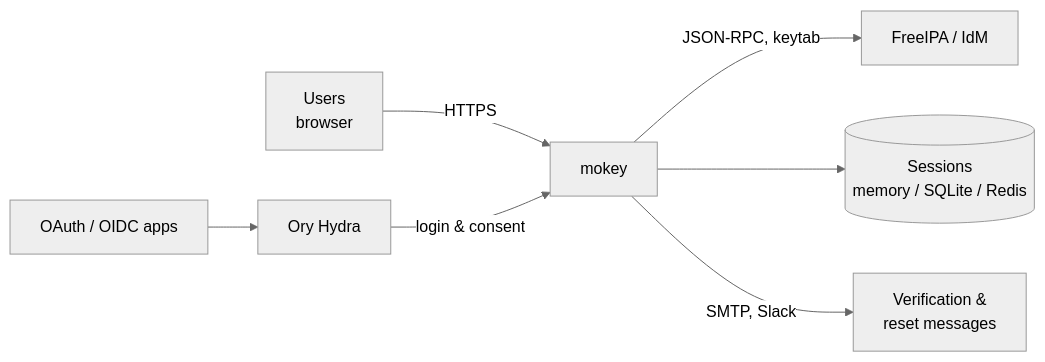
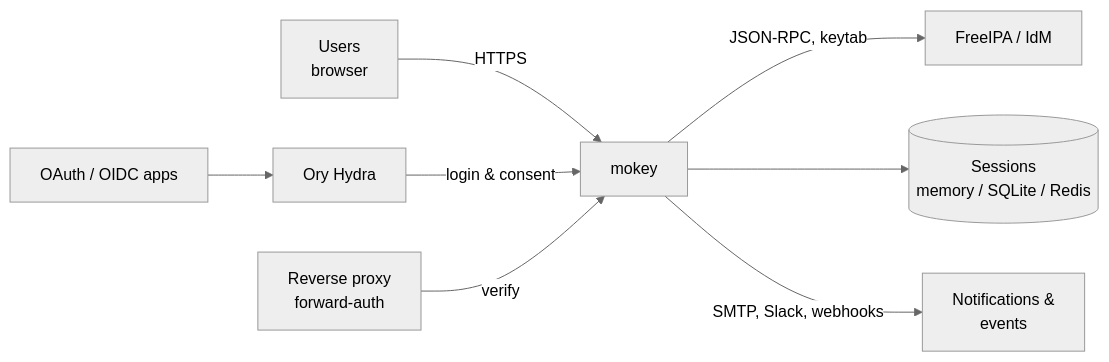
The diagram in README.md (neverlless/mokey), drawn with Mermaid (neutral theme) before and after one commit. The commit also changed other lines of this file and 1 other file, not shown here.

````diff
--- a/README.md
+++ b/README.md
@@ -41,9 +39,10 @@
 ```mermaid
 flowchart LR
     U[Users<br/>browser] -->|HTTPS| M[mokey]
     A[OAuth / OIDC apps] --> H[Ory Hydra]
     H -->|login & consent| M
+    P[Reverse proxy<br/>forward-auth] -->|verify| M
     M -->|JSON-RPC, keytab| I[FreeIPA / IdM]
     M --> S[(Sessions<br/>memory / SQLite / Redis)]
-    M -->|SMTP, Slack| N[Verification &<br/>reset messages]
+    M -->|SMTP, Slack, webhooks| N[Notifications &<br/>events]
 ```
````
